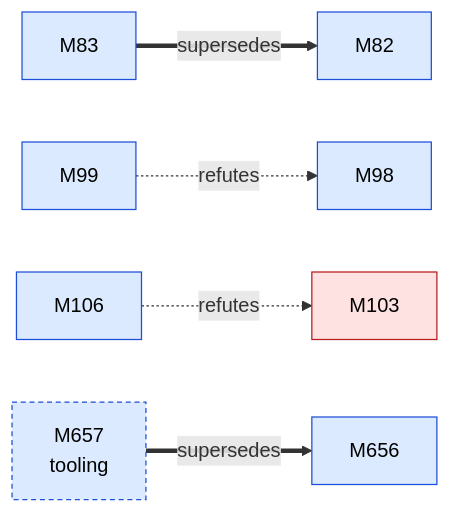
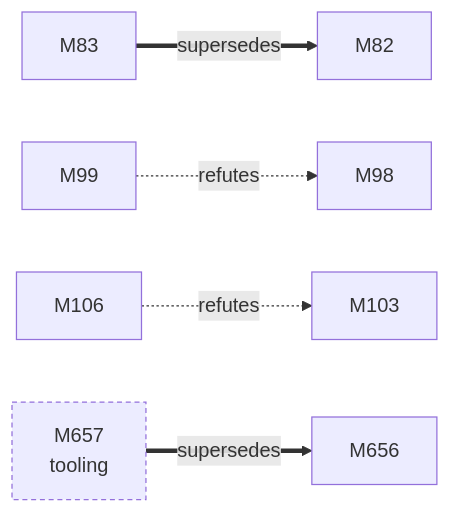
One commit to D-Ogi/amdgpu-wddm changed the first of 3 diagrams in docs/facts/graphs/display.md. Above: the diagram before and after it, drawn with Mermaid. The commit also changed other lines of this file and 9 other files, not shown here.

First line of the commit message:
docs/facts: plain graph nodes, no status colouring

````diff
--- a/docs/facts/graphs/display.md
+++ b/docs/facts/graphs/display.md
@@ -9,21 +9,17 @@
 ```mermaid
 flowchart LR
-  M82["M82"]:::MEASURED
-  M83["M83"]:::MEASURED
-  M98["M98"]:::MEASURED
-  M99["M99"]:::MEASURED
-  M103["M103"]:::REFUTED
-  M106["M106"]:::MEASURED
-  M656["M656"]:::MEASURED
-  M657["M657<br/>tooling"]:::MEASURED
+  M82["M82"]
+  M83["M83"]
+  M98["M98"]
+  M99["M99"]
+  M103["M103"]
+  M106["M106"]
+  M656["M656"]
+  M657["M657<br/>tooling"]
   M83 ==>|supersedes| M82
   M99 -.->|refutes| M98
   M106 -.->|refutes| M103
   M657 ==>|supersedes| M656
-  classDef HYPOTHESIS fill:#fff3c4,stroke:#9a7b00,color:#000
-  classDef MEASURED fill:#dbeafe,stroke:#1d4ed8,color:#000
-  classDef CONFIRMED fill:#d1fae5,stroke:#047857,color:#000
-  classDef REFUTED fill:#fee2e2,stroke:#b91c1c,color:#000
   classDef other stroke-dasharray:4 3
   class M657 other
 ```
````
